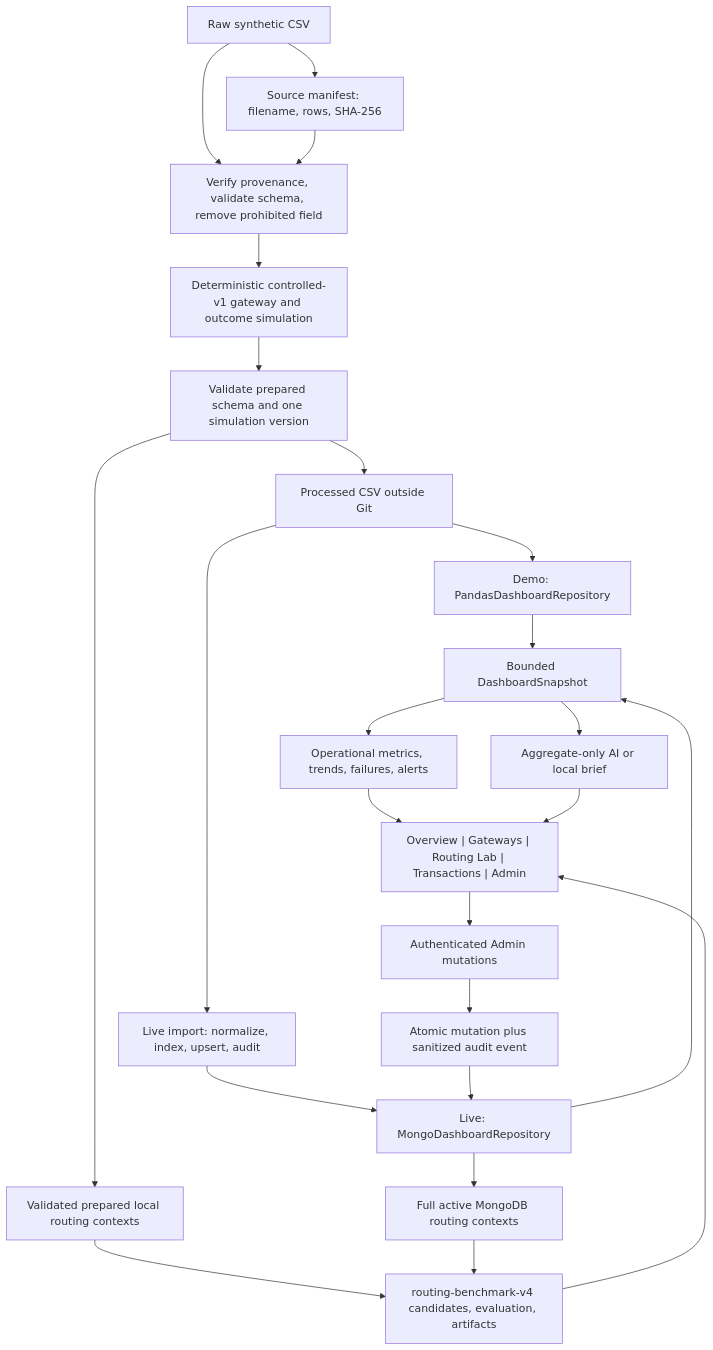
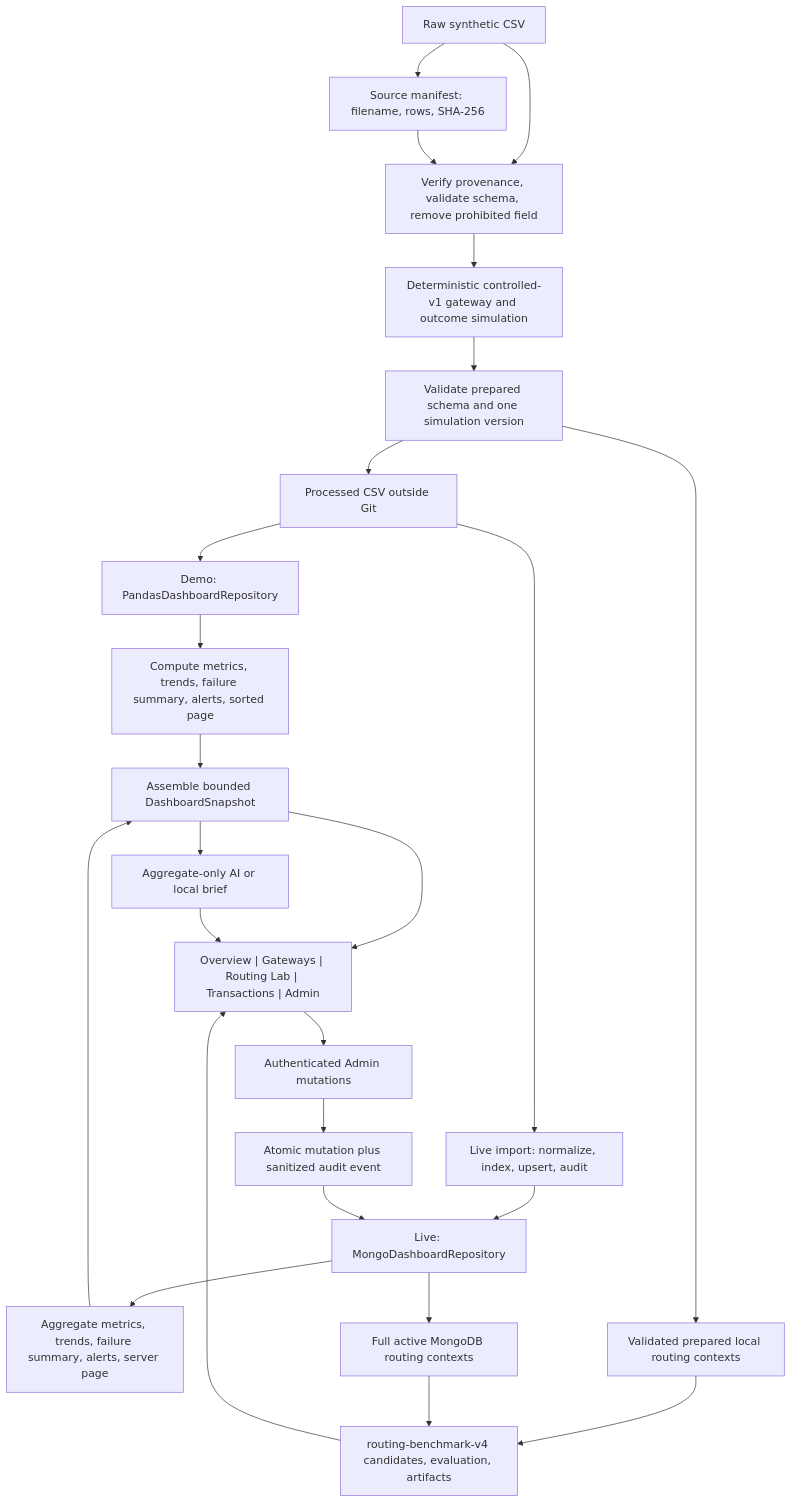
Before and after one commit to minntayza/payment_success_rate_optimization: the diagram in docs/project-function-and-data-guide.md, drawn with Mermaid. The commit also changed other lines of this file and 1 other file, not shown here.

````diff
--- a/docs/project-function-and-data-guide.md
+++ b/docs/project-function-and-data-guide.md
@@ -66,26 +70,27 @@
 ```mermaid
 flowchart TD
     RAW["Raw synthetic CSV"] --> MANIFEST["Source manifest: filename, rows, SHA-256"]
     RAW --> PREP["Verify provenance, validate schema, remove prohibited field"]
     MANIFEST --> PREP
     PREP --> SIM["Deterministic controlled-v1 gateway and outcome simulation"]
     SIM --> VALID["Validate prepared schema and one simulation version"]
     VALID --> CSV["Processed CSV outside Git"]
     CSV --> PANDAS["Demo: PandasDashboardRepository"]
     CSV --> IMPORT["Live import: normalize, index, upsert, audit"]
     IMPORT --> MONGO["Live: MongoDashboardRepository"]
-    PANDAS --> SNAP["Bounded DashboardSnapshot"]
-    MONGO --> SNAP
-    SNAP --> ANALYTICS["Operational metrics, trends, failures, alerts"]
+    PANDAS --> PRESULT["Compute metrics, trends, failure summary, alerts, sorted page"]
+    MONGO --> MRESULT["Aggregate metrics, trends, failure summary, alerts, server page"]
+    PRESULT --> SNAP["Assemble bounded DashboardSnapshot"]
+    MRESULT --> SNAP
     SNAP --> AI["Aggregate-only AI or local brief"]
     VALID --> LOCALCTX["Validated prepared local routing contexts"]
     MONGO --> LIVECTX["Full active MongoDB routing contexts"]
     LOCALCTX --> ROUTING["routing-benchmark-v4 candidates, evaluation, artifacts"]
     LIVECTX --> ROUTING
-    ANALYTICS --> VIEWS["Overview | Gateways | Routing Lab | Transactions | Admin"]
+    SNAP --> VIEWS["Overview | Gateways | Routing Lab | Transactions | Admin"]
     AI --> VIEWS
     ROUTING --> VIEWS
     VIEWS --> AUTH["Authenticated Admin mutations"]
     AUTH --> AUDIT["Atomic mutation plus sanitized audit event"]
     AUDIT --> MONGO
 ```
````
